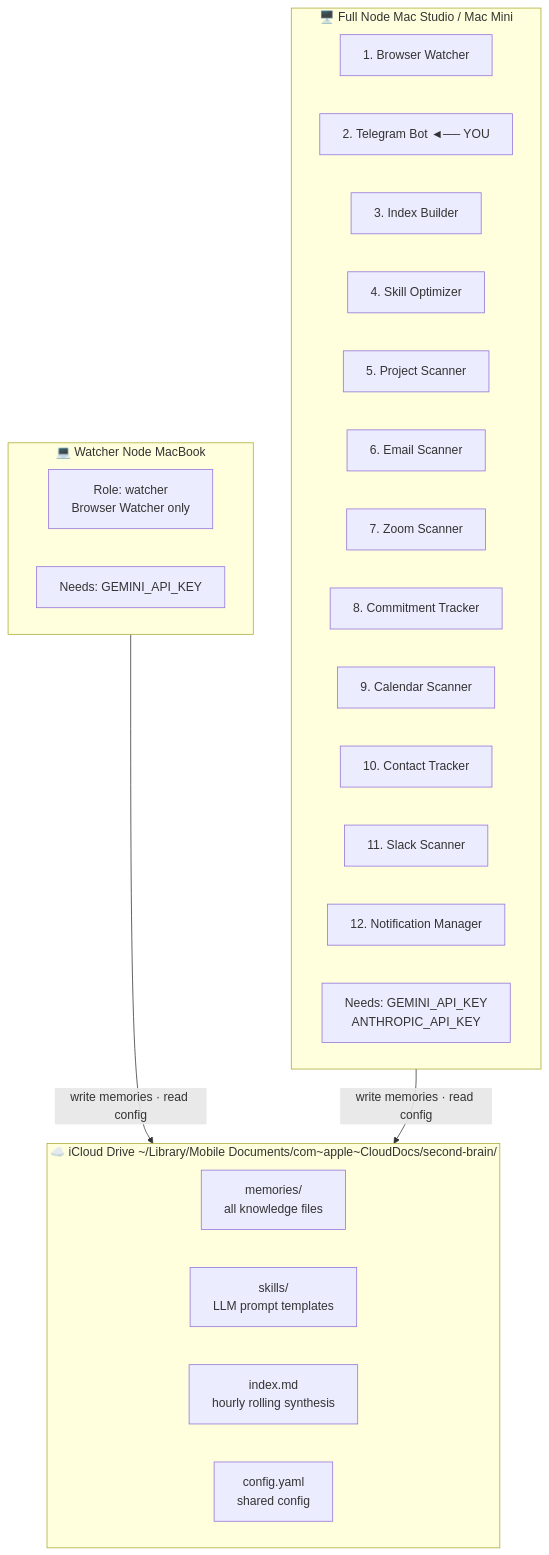
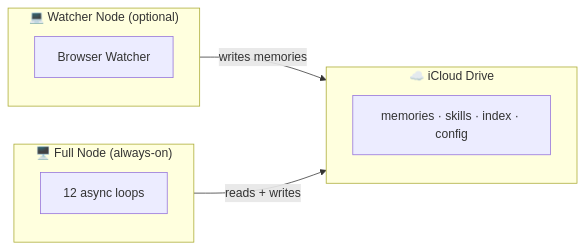
Before and after one commit to chrisbrobertson/felix: the first of 9 diagrams in README.md, drawn with Mermaid. The commit also changed other lines of this file and 1 other file, not shown here.

First line of the commit message:
Rebrand to Felix, split architecture diagrams, add proprietary license

````diff
--- a/README.md
+++ b/README.md
@@ -72,33 +79,14 @@
 ```mermaid
-graph TB
-    subgraph iCloud["☁️  iCloud Drive  ~/Library/Mobile Documents/com~apple~CloudDocs/second-brain/"]
-        MEM["memories/\nall knowledge files"]
-        SKILLS["skills/\nLLM prompt templates"]
-        INDEX["index.md\nhourly rolling synthesis"]
-        CONFIG["config.yaml\nshared config"]
+graph LR
+    subgraph WATCHER["💻 Watcher Node (optional)"]
+        WB[Browser Watcher]
     end
-
-    subgraph WATCHER["💻  Watcher Node  MacBook"]
-        W_ROLE["Role: watcher\nBrowser Watcher only"]
-        W_DEPS["Needs: GEMINI_API_KEY"]
+    subgraph CLOUD["☁️ iCloud Drive"]
+        BUS["memories · skills · index · config"]
     end
-
-    subgraph FULL["🖥️  Full Node  Mac Studio / Mac Mini"]
-        F1["1. Browser Watcher"]
-        F2["2. Telegram Bot ◄── YOU"]
-        F3["3. Index Builder"]
-        F4["4. Skill Optimizer"]
-        F5["5. Project Scanner"]
-        F6["6. Email Scanner"]
-        F7["7. Zoom Scanner"]
-        F8["8. Commitment Tracker"]
-        F9["9. Calendar Scanner"]
-        F10["10. Contact Tracker"]
-        F11["11. Slack Scanner"]
-        F12["12. Notification Manager"]
-        F_DEPS["Needs: GEMINI_API_KEY\nANTHROPIC_API_KEY"]
+    subgraph FULL["🖥️ Full Node (always-on)"]
+        LOOPS["12 async loops"]
     end
-
-    WATCHER -- "write memories · read config" --> iCloud
-    FULL -- "write memories · read config" --> iCloud
+    WATCHER -- "writes memories" --> CLOUD
+    FULL -- "reads + writes" --> CLOUD
 ```
````
